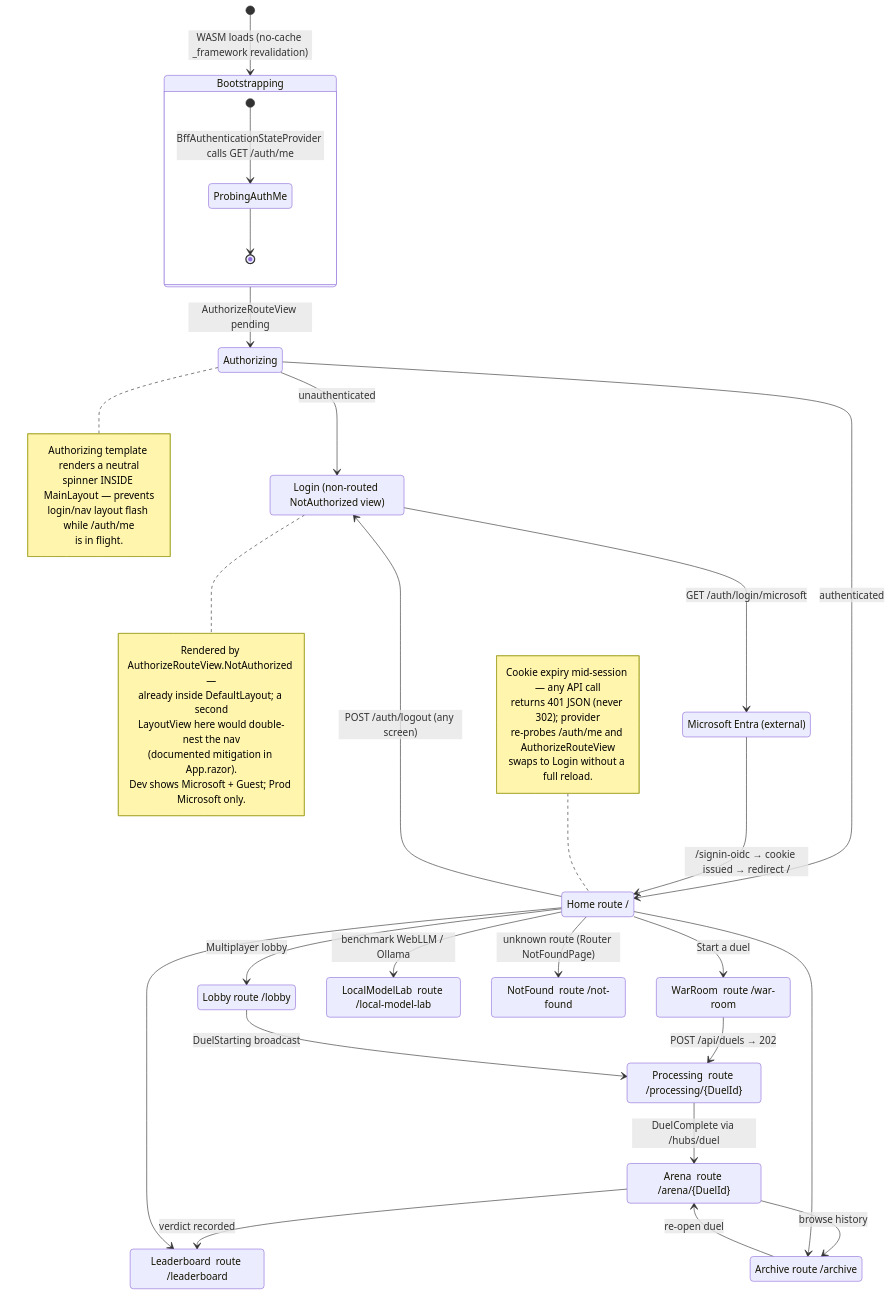
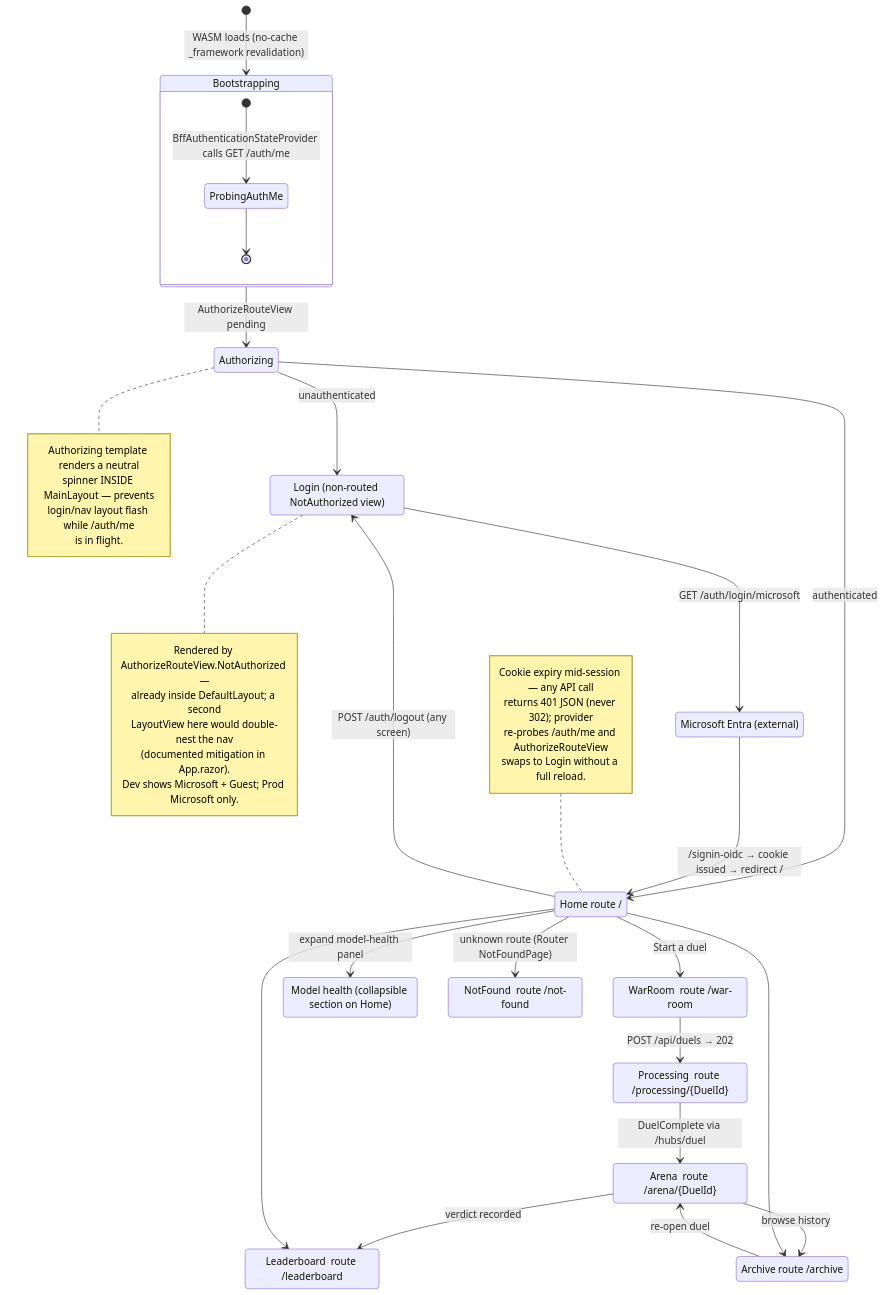
The diagram in docs/UI_Screen_Matrix.mmd (punkouter26/PoLocalCompare), drawn with Mermaid before and after one commit. The commit also changed 33 other files, not shown here.

First line of the commit message:
feat: add ModelHealthPanel styles and ModelTypeGroup for consistent model type handling

```diff
--- a/docs/UI_Screen_Matrix.mmd
+++ b/docs/UI_Screen_Matrix.mmd
@@ -1,65 +1,62 @@
 %% Client routes and screen states. Every routed page carries [Authorize] via _Imports.razor;
 %% App.razor wraps the Router in CascadingAuthenticationState + AuthorizeRouteView backed by
 %% BffAuthenticationStateProvider (GET /auth/me). Layout-flash mitigations noted inline.
 stateDiagram-v2
     [*] --> Bootstrapping : WASM loads (no-cache _framework revalidation)
 
     state Bootstrapping {
         [*] --> ProbingAuthMe : BffAuthenticationStateProvider calls GET /auth/me
         ProbingAuthMe --> [*]
     }
 
     Bootstrapping --> Authorizing : AuthorizeRouteView pending
     note right of Authorizing
         Authorizing template renders a neutral
         spinner INSIDE MainLayout — prevents
         login/nav layout flash while /auth/me
         is in flight.
     end note
 
     Authorizing --> LoginView : unauthenticated
     Authorizing --> Home : authenticated
 
     state "Login (non-routed NotAuthorized view)" as LoginView
     note right of LoginView
         Rendered by AuthorizeRouteView.NotAuthorized —
         already inside DefaultLayout; a second
         LayoutView here would double-nest the nav
         (documented mitigation in App.razor).
         Dev shows Microsoft + Guest; Prod Microsoft only.
     end note
 
     LoginView --> EntraChallenge : GET /auth/login/microsoft
     state "Microsoft Entra (external)" as EntraChallenge
     EntraChallenge --> Home : /signin-oidc → cookie issued → redirect /
 
     state "Home  route /" as Home
     state "WarRoom  route /war-room" as WarRoom
     state "Processing  route /processing/{DuelId}" as Processing
     state "Arena  route /arena/{DuelId}" as Arena
     state "Leaderboard  route /leaderboard" as Leaderboard
     state "Archive  route /archive" as Archive
-    state "Lobby  route /lobby" as Lobby
-    state "LocalModelLab  route /local-model-lab" as Lab
+    state "Model health (collapsible section on Home)" as Lab
     state "NotFound  route /not-found" as NotFound
 
     Home --> WarRoom : Start a duel
-    Home --> Lobby : Multiplayer lobby
     WarRoom --> Processing : POST /api/duels → 202
-    Lobby --> Processing : DuelStarting broadcast
     Processing --> Arena : DuelComplete via /hubs/duel
     Arena --> Leaderboard : verdict recorded
     Arena --> Archive : browse history
     Archive --> Arena : re-open duel
     Home --> Leaderboard
     Home --> Archive
-    Home --> Lab : benchmark WebLLM / Ollama
+    Home --> Lab : expand model-health panel
     Home --> NotFound : unknown route (Router NotFoundPage)
 
     Home --> LoginView : POST /auth/logout (any screen)
     note left of Home
         Cookie expiry mid-session — any API call
         returns 401 JSON (never 302); provider
         re-probes /auth/me and AuthorizeRouteView
         swaps to Login without a full reload.
     end note
```
